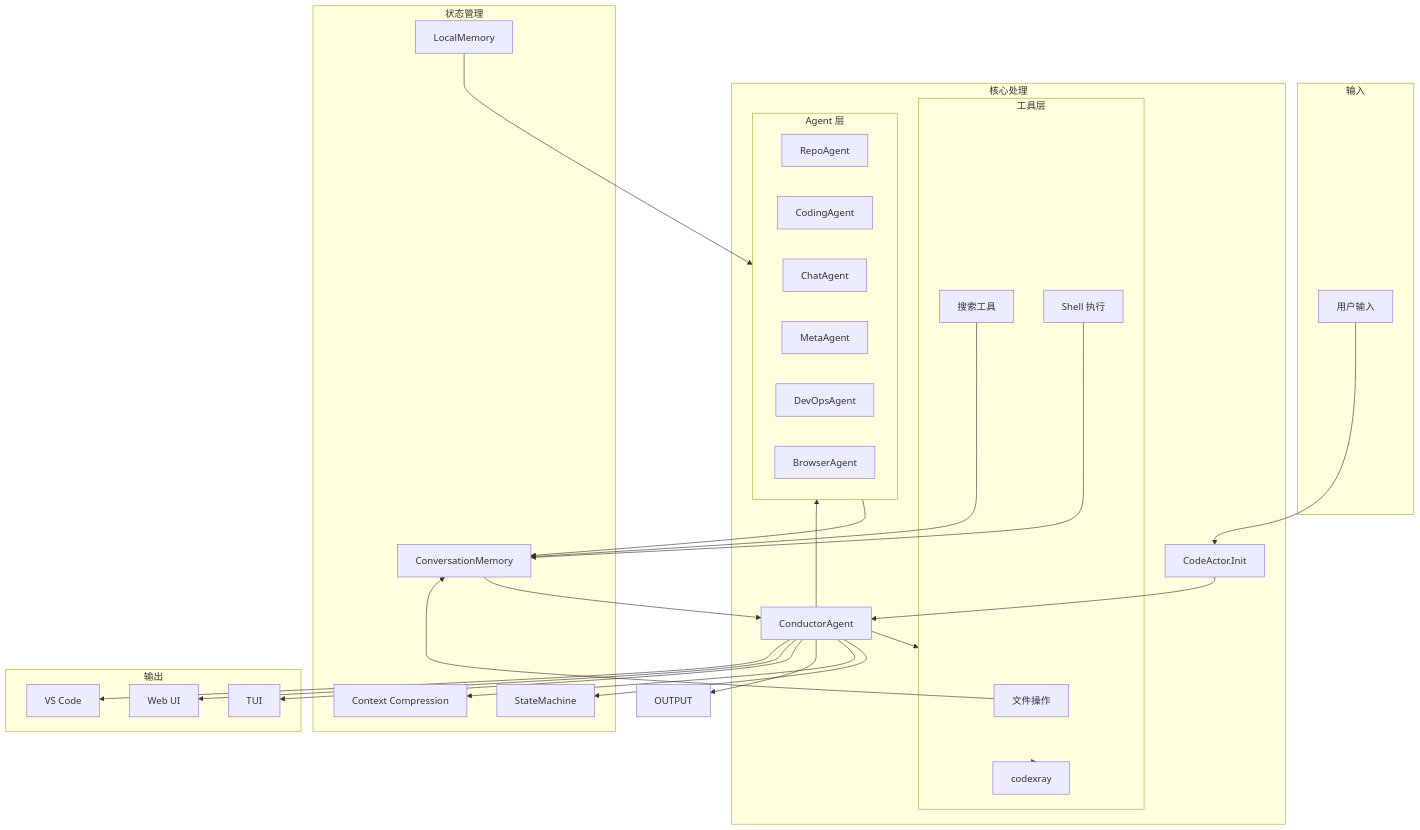
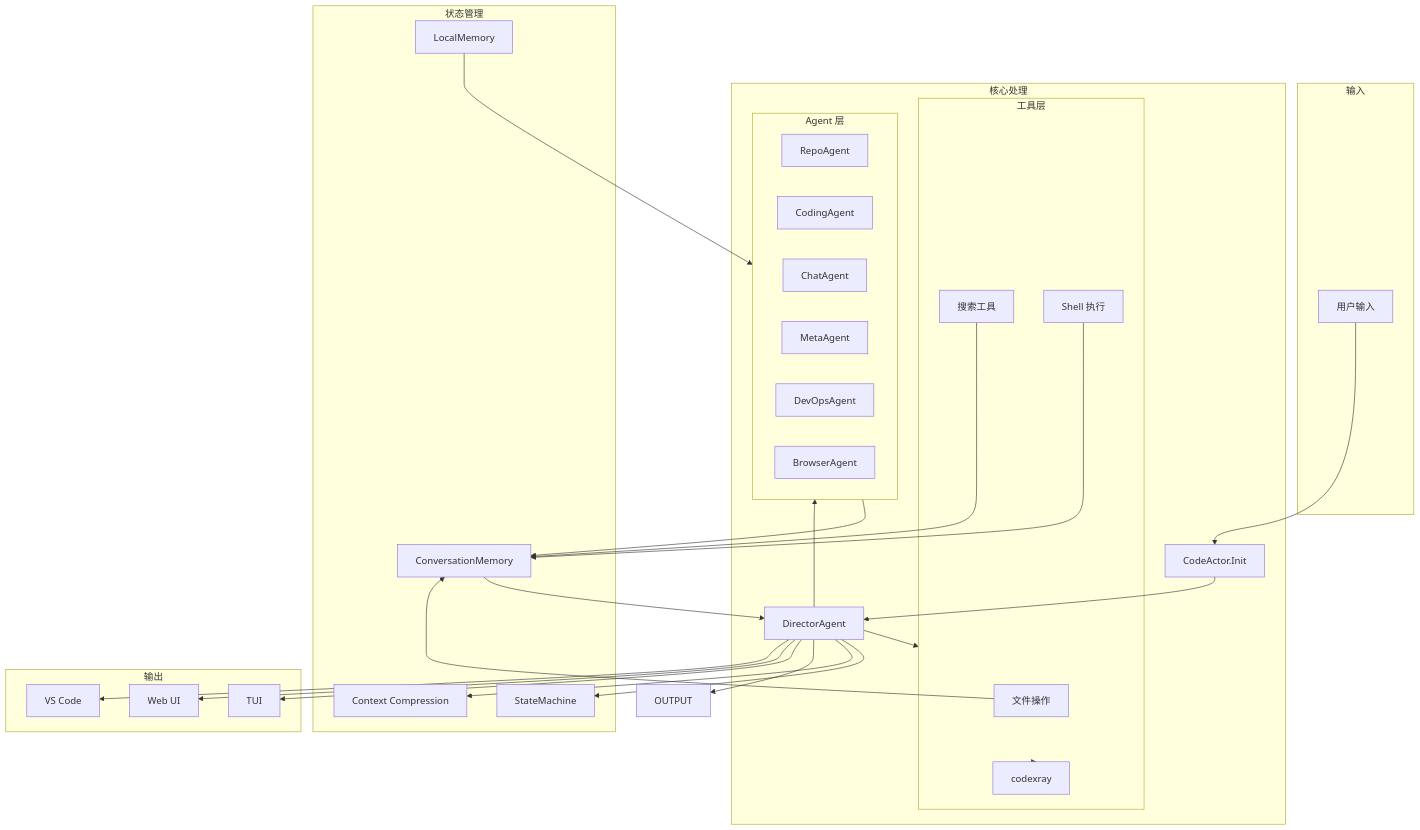
One commit to iohub/codeactor-agent changed the ninth of 10 diagrams in docs/ARCHITECTURE.md. Above: the diagram before and after it, drawn with Mermaid. The commit also changed other lines of this file and 46 other files, not shown here.

First line of the commit message:
refactor: rename Conductor Agent to Director Agent

````diff
--- a/docs/ARCHITECTURE.md
+++ b/docs/ARCHITECTURE.md
@@ -1047,60 +1047,60 @@
 ```mermaid
 flowchart TB
     subgraph Input ["输入"]
         USER[用户输入]
     end
 
     subgraph Core ["核心处理"]
         APP[CodeActor.Init]
-        COND[ConductorAgent]
+        COND[DirectorAgent]
         
         subgraph Agents ["Agent 层"]
             REPO[RepoAgent]
             CODE[CodingAgent]
             CHAT[ChatAgent]
             META[MetaAgent]
             DEVOPS[DevOpsAgent]
             BR[BrowserAgent]
         end
         
         subgraph Tools ["工具层"]
             FILEOPS[文件操作]
             SEARCH[搜索工具]
             BASH[Shell 执行]
             CODEXRAY[codexray]
         end
     end
 
     subgraph State ["状态管理"]
         MEM[ConversationMemory]
         LOCALM[LocalMemory]
         SM[StateMachine]
         COMPACT[Context Compression]
     end
 
     subgraph Output ["输出"]
         TUI[TUI]
         WEB[Web UI]
         VSIX[VS Code]
     end
 
     USER --> APP
     APP --> COND
     COND --> Agents
     COND --> Tools
     Agents --> MEM
     COND --> SM
     COND --> COMPACT
     COND --> OUTPUT
     MEM --> COND
     LOCALM --> Agents
     
     Tools --> CODEXRAY
     FILEOPS --> MEM
     SEARCH --> MEM
     BASH --> MEM
     
     COND --> TUI
     COND --> WEB
     COND --> VSIX
 ```
````
